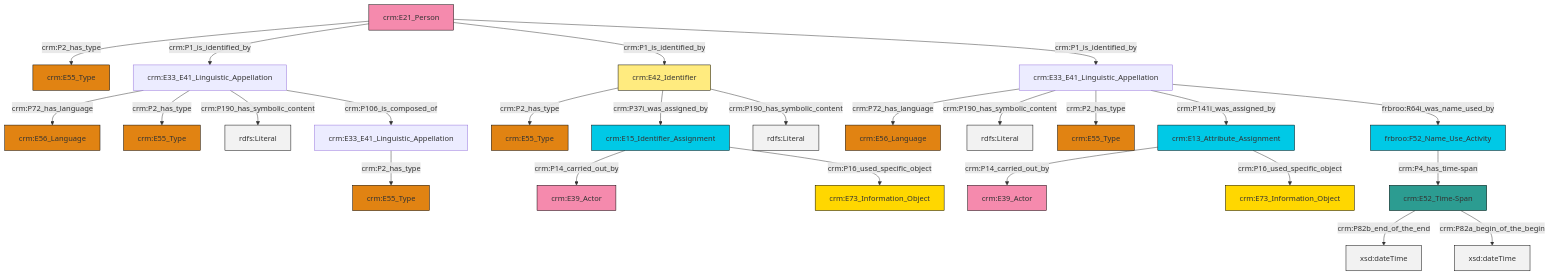
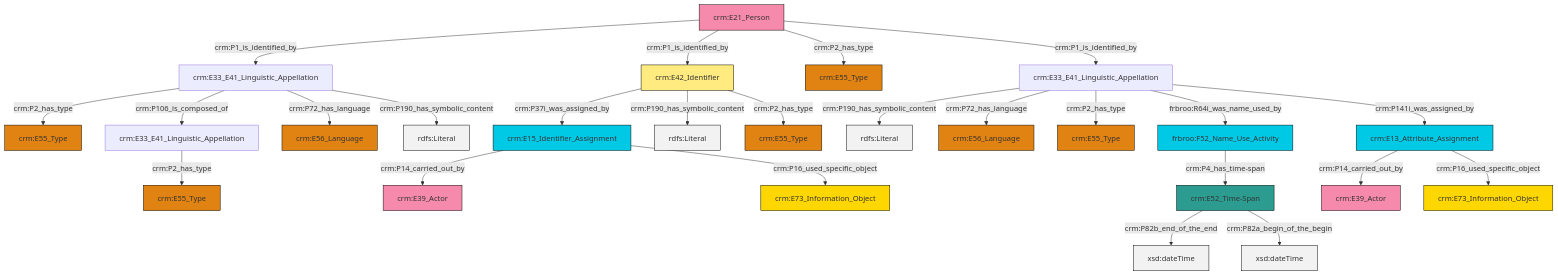
Before and after one commit to swiss-art-research-net/reference-data-models: the diagram in et/personCSV/ttl/mmd/Person_Names_and_Classification.ttl.mmd, drawn with Mermaid. The commit also changed 126 other files, not shown here.

```diff
--- a/et/personCSV/ttl/mmd/Person_Names_and_Classification.ttl.mmd
+++ b/et/personCSV/ttl/mmd/Person_Names_and_Classification.ttl.mmd
@@ -1,39 +1,39 @@
 graph TD
 classDef Literal fill:#f2f2f2,stroke:#000000;
 classDef CRM_Entity fill:#FFFFFF,stroke:#000000;
 classDef Temporal_Entity fill:#00C9E6, stroke:#000000;
 classDef Type fill:#E18312, stroke:#000000;
 classDef Time-Span fill:#2C9C91, stroke:#000000;
 classDef Appellation fill:#FFEB7F, stroke:#000000;
 classDef Place fill:#008836, stroke:#000000;
 classDef Persistent_Item fill:#B266B2, stroke:#000000;
 classDef Conceptual_Object fill:#FFD700, stroke:#000000;
 classDef Physical_Thing fill:#D2B48C, stroke:#000000;
 classDef Actor fill:#f58aad, stroke:#000000;
 classDef PC_Classes fill:#4ce600, stroke:#000000;
 classDef Multi fill:#cccccc,stroke:#000000;
 
-2["crm:E42_Identifier"]:::Appellation -->|crm:P2_has_type| 3["crm:E55_Type"]:::Type
-4["crm:E33_E41_Linguistic_Appellation"]:::Default -->|crm:P72_has_language| 6["crm:E56_Language"]:::Type
-7["crm:E33_E41_Linguistic_Appellation"]:::Default -->|crm:P2_has_type| 8["crm:E55_Type"]:::Type
-4["crm:E33_E41_Linguistic_Appellation"]:::Default -->|crm:P190_has_symbolic_content| 17[rdfs:Literal]:::Literal
-18["crm:E33_E41_Linguistic_Appellation"]:::Default -->|crm:P72_has_language| 19["crm:E56_Language"]:::Type
-21["crm:E52_Time-Span"]:::Time-Span -->|crm:P82b_end_of_the_end| 22[xsd:dateTime]:::Literal
-18["crm:E33_E41_Linguistic_Appellation"]:::Default -->|crm:P2_has_type| 12["crm:E55_Type"]:::Type
-26["crm:E15_Identifier_Assignment"]:::Temporal_Entity -->|crm:P14_carried_out_by| 27["crm:E39_Actor"]:::Actor
-31["crm:E21_Person"]:::Actor -->|crm:P2_has_type| 23["crm:E55_Type"]:::Type
-32["crm:E13_Attribute_Assignment"]:::Temporal_Entity -->|crm:P14_carried_out_by| 0["crm:E39_Actor"]:::Actor
-4["crm:E33_E41_Linguistic_Appellation"]:::Default -->|crm:P2_has_type| 9["crm:E55_Type"]:::Type
-2["crm:E42_Identifier"]:::Appellation -->|crm:P37i_was_assigned_by| 26["crm:E15_Identifier_Assignment"]:::Temporal_Entity
-31["crm:E21_Person"]:::Actor -->|crm:P1_is_identified_by| 18["crm:E33_E41_Linguistic_Appellation"]:::Default
-32["crm:E13_Attribute_Assignment"]:::Temporal_Entity -->|crm:P16_used_specific_object| 36["crm:E73_Information_Object"]:::Conceptual_Object
-2["crm:E42_Identifier"]:::Appellation -->|crm:P190_has_symbolic_content| 37[rdfs:Literal]:::Literal
-15["frbroo:F52_Name_Use_Activity"]:::Temporal_Entity -->|crm:P4_has_time-span| 21["crm:E52_Time-Span"]:::Time-Span
-4["crm:E33_E41_Linguistic_Appellation"]:::Default -->|crm:P141i_was_assigned_by| 32["crm:E13_Attribute_Assignment"]:::Temporal_Entity
-31["crm:E21_Person"]:::Actor -->|crm:P1_is_identified_by| 2["crm:E42_Identifier"]:::Appellation
-26["crm:E15_Identifier_Assignment"]:::Temporal_Entity -->|crm:P16_used_specific_object| 38["crm:E73_Information_Object"]:::Conceptual_Object
-18["crm:E33_E41_Linguistic_Appellation"]:::Default -->|crm:P190_has_symbolic_content| 40[rdfs:Literal]:::Literal
-21["crm:E52_Time-Span"]:::Time-Span -->|crm:P82a_begin_of_the_begin| 41[xsd:dateTime]:::Literal
-18["crm:E33_E41_Linguistic_Appellation"]:::Default -->|crm:P106_is_composed_of| 7["crm:E33_E41_Linguistic_Appellation"]:::Default
-4["crm:E33_E41_Linguistic_Appellation"]:::Default -->|frbroo:R64i_was_name_used_by| 15["frbroo:F52_Name_Use_Activity"]:::Temporal_Entity
-31["crm:E21_Person"]:::Actor -->|crm:P1_is_identified_by| 4["crm:E33_E41_Linguistic_Appellation"]:::Default
+0["crm:E33_E41_Linguistic_Appellation"]:::Default -->|crm:P190_has_symbolic_content| 1[rdfs:Literal]:::Literal
+2["crm:E33_E41_Linguistic_Appellation"]:::Default -->|crm:P2_has_type| 3["crm:E55_Type"]:::Type
+2["crm:E33_E41_Linguistic_Appellation"]:::Default -->|crm:P106_is_composed_of| 4["crm:E33_E41_Linguistic_Appellation"]:::Default
+0["crm:E33_E41_Linguistic_Appellation"]:::Default -->|crm:P72_has_language| 5["crm:E56_Language"]:::Type
+6["crm:E21_Person"]:::Actor -->|crm:P1_is_identified_by| 2["crm:E33_E41_Linguistic_Appellation"]:::Default
+7["crm:E42_Identifier"]:::Appellation -->|crm:P37i_was_assigned_by| 8["crm:E15_Identifier_Assignment"]:::Temporal_Entity
+8["crm:E15_Identifier_Assignment"]:::Temporal_Entity -->|crm:P14_carried_out_by| 9["crm:E39_Actor"]:::Actor
+10["crm:E13_Attribute_Assignment"]:::Temporal_Entity -->|crm:P14_carried_out_by| 11["crm:E39_Actor"]:::Actor
+2["crm:E33_E41_Linguistic_Appellation"]:::Default -->|crm:P72_has_language| 12["crm:E56_Language"]:::Type
+10["crm:E13_Attribute_Assignment"]:::Temporal_Entity -->|crm:P16_used_specific_object| 15["crm:E73_Information_Object"]:::Conceptual_Object
+17["crm:E52_Time-Span"]:::Time-Span -->|crm:P82b_end_of_the_end| 18[xsd:dateTime]:::Literal
+22["frbroo:F52_Name_Use_Activity"]:::Temporal_Entity -->|crm:P4_has_time-span| 17["crm:E52_Time-Span"]:::Time-Span
+7["crm:E42_Identifier"]:::Appellation -->|crm:P190_has_symbolic_content| 24[rdfs:Literal]:::Literal
+0["crm:E33_E41_Linguistic_Appellation"]:::Default -->|crm:P2_has_type| 27["crm:E55_Type"]:::Type
+6["crm:E21_Person"]:::Actor -->|crm:P1_is_identified_by| 7["crm:E42_Identifier"]:::Appellation
+8["crm:E15_Identifier_Assignment"]:::Temporal_Entity -->|crm:P16_used_specific_object| 30["crm:E73_Information_Object"]:::Conceptual_Object
+6["crm:E21_Person"]:::Actor -->|crm:P2_has_type| 31["crm:E55_Type"]:::Type
+7["crm:E42_Identifier"]:::Appellation -->|crm:P2_has_type| 37["crm:E55_Type"]:::Type
+6["crm:E21_Person"]:::Actor -->|crm:P1_is_identified_by| 0["crm:E33_E41_Linguistic_Appellation"]:::Default
+17["crm:E52_Time-Span"]:::Time-Span -->|crm:P82a_begin_of_the_begin| 42[xsd:dateTime]:::Literal
+0["crm:E33_E41_Linguistic_Appellation"]:::Default -->|frbroo:R64i_was_name_used_by| 22["frbroo:F52_Name_Use_Activity"]:::Temporal_Entity
+0["crm:E33_E41_Linguistic_Appellation"]:::Default -->|crm:P141i_was_assigned_by| 10["crm:E13_Attribute_Assignment"]:::Temporal_Entity
+2["crm:E33_E41_Linguistic_Appellation"]:::Default -->|crm:P190_has_symbolic_content| 46[rdfs:Literal]:::Literal
+4["crm:E33_E41_Linguistic_Appellation"]:::Default -->|crm:P2_has_type| 19["crm:E55_Type"]:::Type
```
